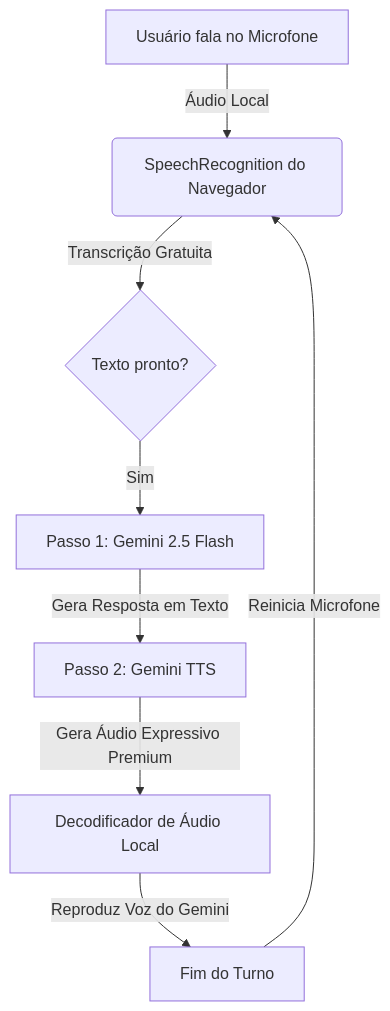
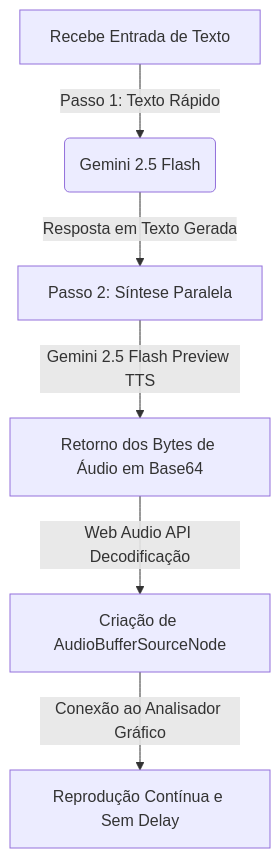
One commit to maxteel122343/parceirovirtual changed the diagram in speech_dynamics.md. Above: the diagram before and after it, drawn with Mermaid. The commit also changed other lines of this file, not shown here.

Commit message:
docs: focus speech_dynamics.md exclusively on AI speech consistency, response times, and buffer playback

````diff
--- a/speech_dynamics.md
+++ b/speech_dynamics.md
@@ -11,10 +11,8 @@
 ```mermaid
 graph TD
-    A[Usuário fala no Microfone] -->|Áudio Local| B(SpeechRecognition do Navegador)
-    B -->|Transcrição Gratuita| C{Texto pronto?}
-    C -->|Sim| D[Passo 1: Gemini 2.5 Flash]
-    D -->|Gera Resposta em Texto| E[Passo 2: Gemini TTS]
-    E -->|Gera Áudio Expressivo Premium| F[Decodificador de Áudio Local]
-    F -->|Reproduz Voz do Gemini| G[Fim do Turno]
-    G -->|Reinicia Microfone| B
+    A[Recebe Entrada de Texto] -->|Passo 1: Texto Rápido| B(Gemini 2.5 Flash)
+    B -->|Resposta em Texto Gerada| C[Passo 2: Síntese Paralela]
+    C -->|Gemini 2.5 Flash Preview TTS| D[Retorno dos Bytes de Áudio em Base64]
+    D -->|Web Audio API Decodificação| E[Criação de AudioBufferSourceNode]
+    E -->|Conexão ao Analisador Gráfico| F[Reprodução Contínua e Sem Delay]
 ```
````
